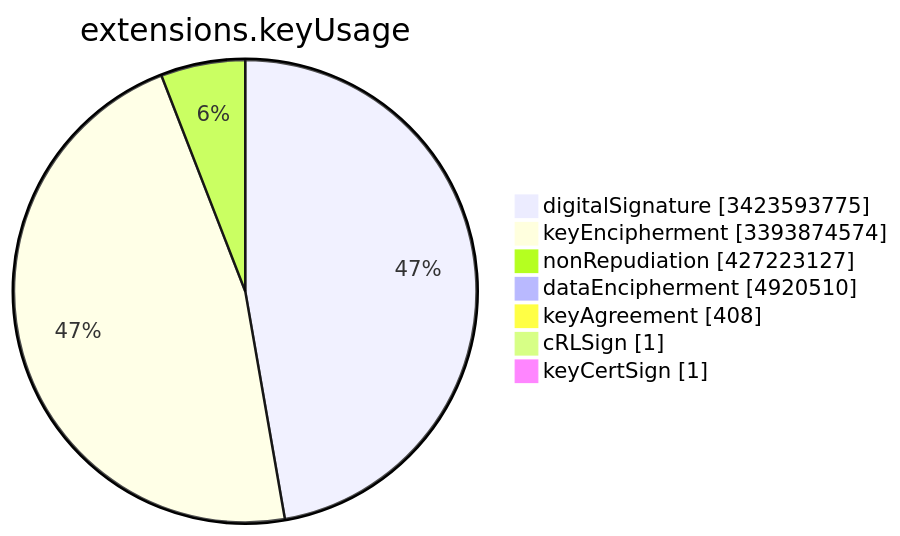
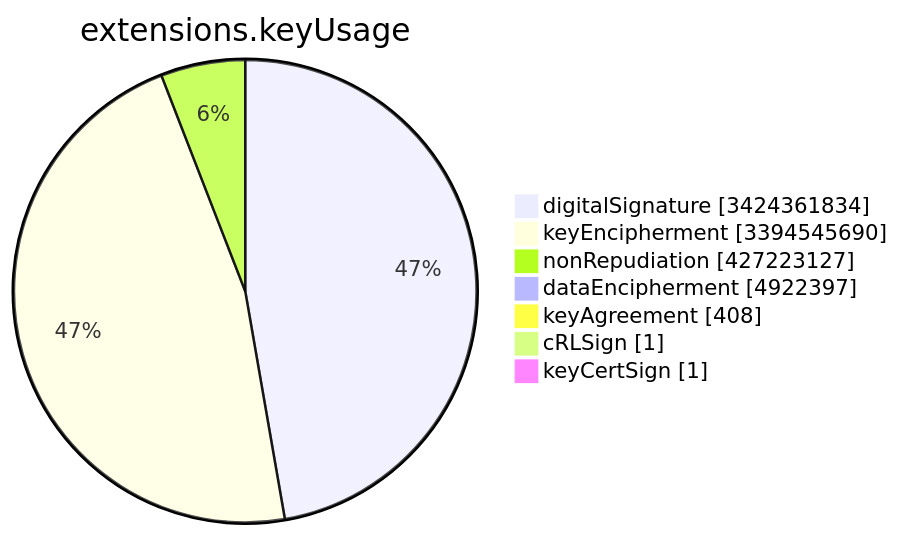
Before and after one commit to christiankrug/ctmonitor_visualization: the sixth of 15 diagrams in TOTAL/README.md, drawn with Mermaid. The commit also changed other lines of this file, not shown here.

````diff
--- a/TOTAL/README.md
+++ b/TOTAL/README.md
@@ -3081,11 +3081,11 @@
 ```mermaid
 pie showData
 title extensions.keyUsage
-"digitalSignature" :3423593775
-"keyEncipherment" :3393874574
+"digitalSignature" :3424361834
+"keyEncipherment" :3394545690
 "nonRepudiation" :427223127
-"dataEncipherment" :4920510
+"dataEncipherment" :4922397
 "keyAgreement" :408
 "cRLSign" :1
 "keyCertSign" :1
 ```
````
